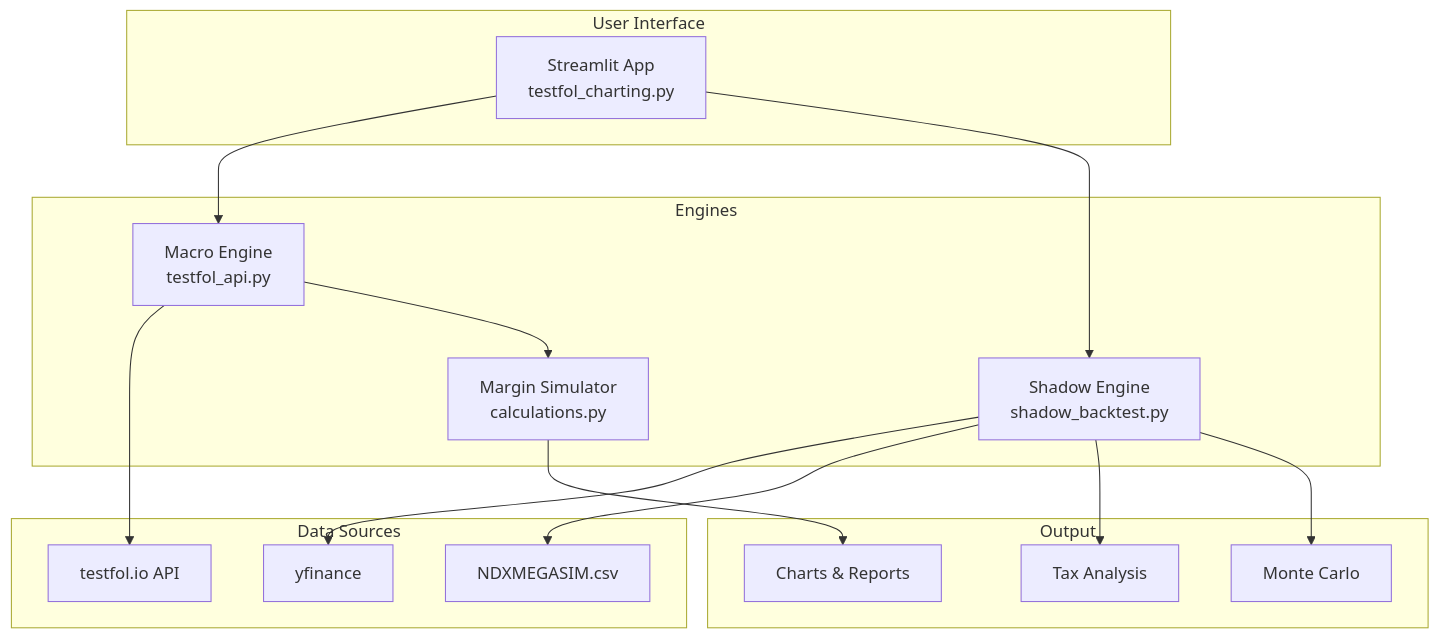
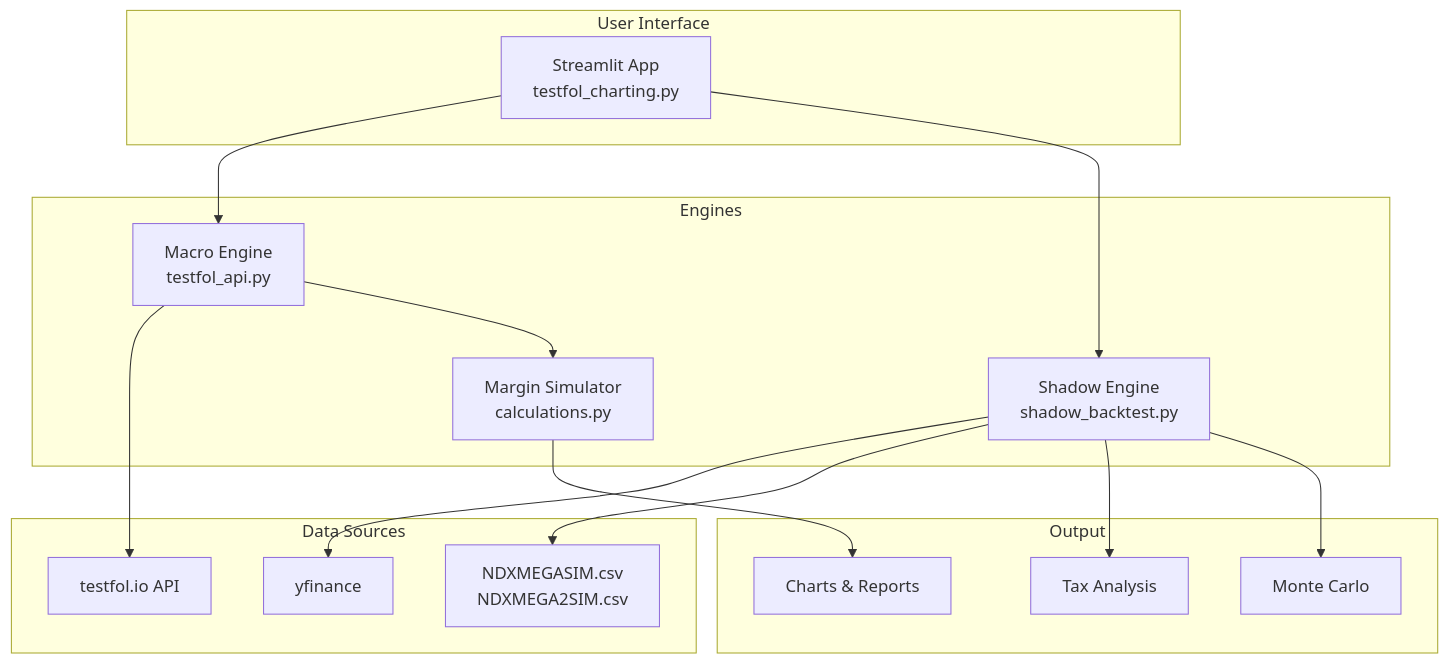
One commit to Acelogic/Testfol-MarginStresser changed the diagram in README.md. Above: the diagram before and after it, drawn with Mermaid. The commit also changed 1 other file, not shown here.

````diff
--- a/README.md
+++ b/README.md
@@ -23,33 +23,33 @@
 ```mermaid
 graph TB
     subgraph User Interface
         ST[Streamlit App<br>testfol_charting.py]
     end
 
     subgraph Engines
         ME[Macro Engine<br>testfol_api.py]
         SE[Shadow Engine<br>shadow_backtest.py]
         MS[Margin Simulator<br>calculations.py]
     end
 
     subgraph Data Sources
         TF[testfol.io API]
         YF[yfinance]
-        CSV[NDXMEGASIM.csv]
+        CSV[NDXMEGASIM.csv<br>NDXMEGA2SIM.csv]
     end
 
     subgraph Output
         CH[Charts & Reports]
         TX[Tax Analysis]
         MC[Monte Carlo]
     end
 
     ST --> ME --> TF
     ST --> SE
     SE --> YF
     SE --> CSV
     SE --> TX
     ME --> MS
     MS --> CH
     SE --> MC
 ```
````
